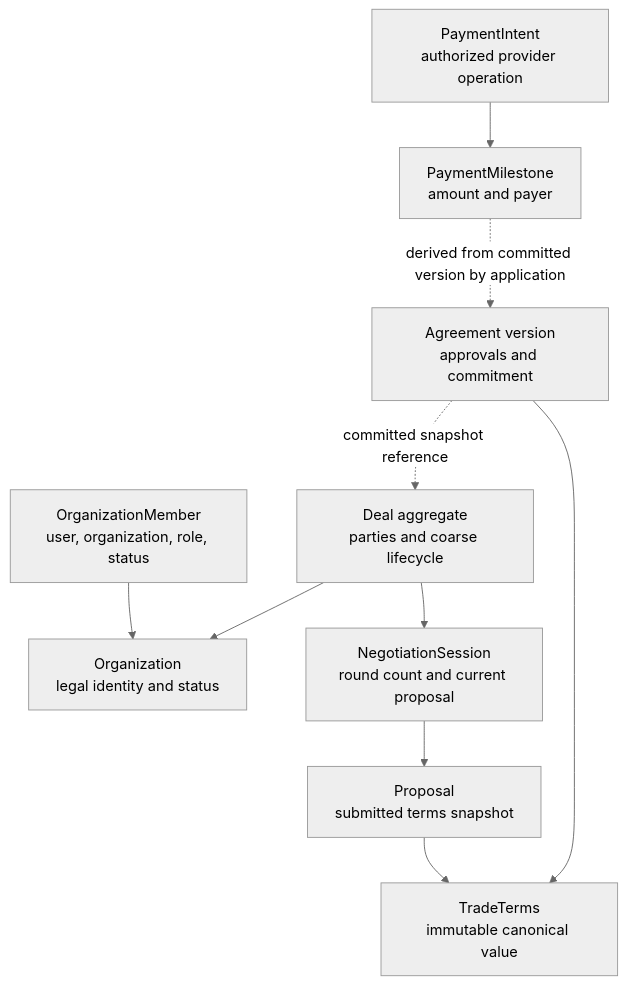
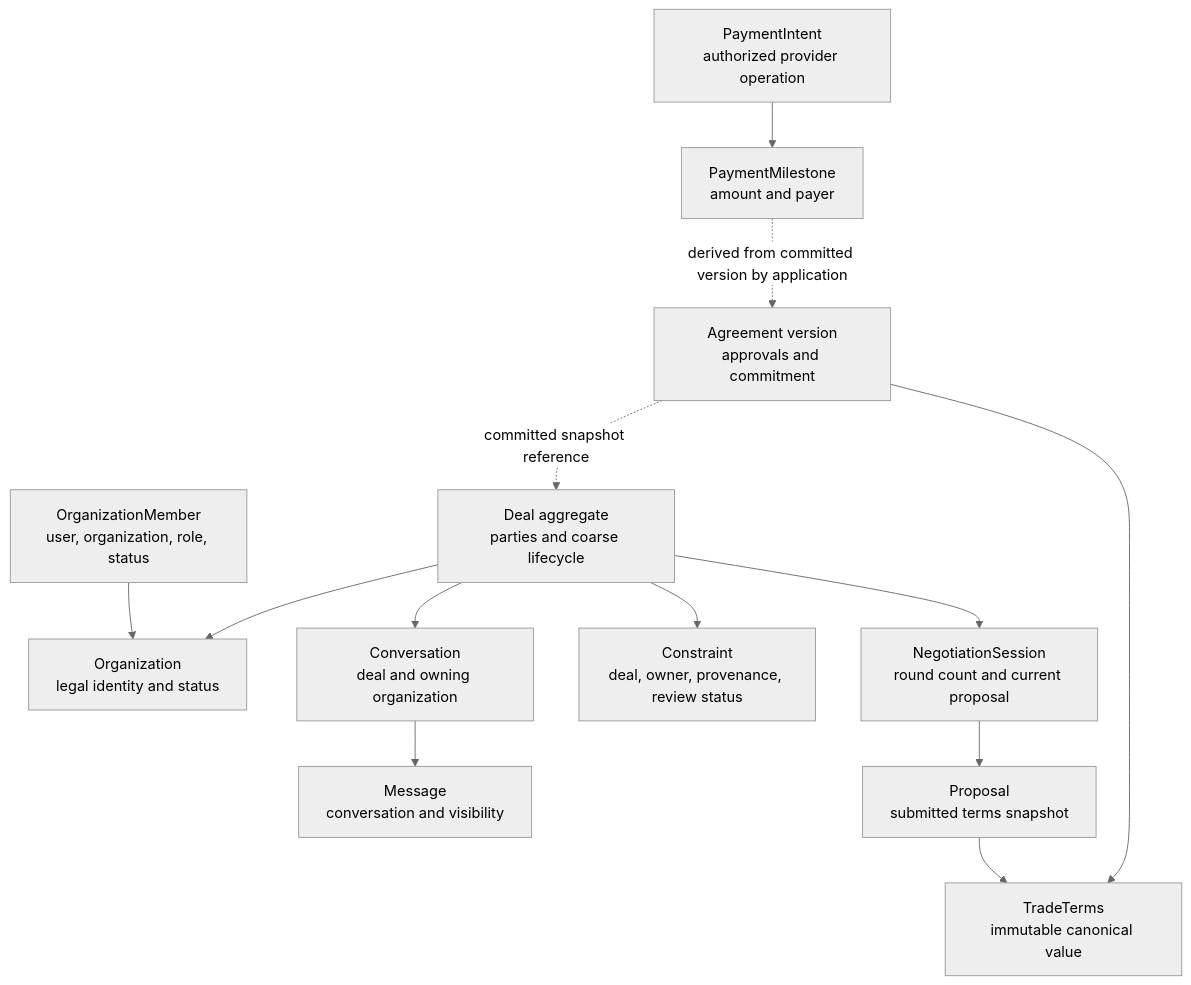
The second of 2 diagrams in docs/architecture/05-domain-layer.md (yashaswi-khurana/SyncAlly), drawn with Mermaid (neutral theme) before and after one commit. The commit also changed other lines of this file and 6 other files, not shown here.

Commit message:
feat: define conversation and constraint contracts

````diff
--- a/docs/architecture/05-domain-layer.md
+++ b/docs/architecture/05-domain-layer.md
@@ -26,21 +26,27 @@
 ```mermaid
 flowchart TD
     Organization[Organization<br/>legal identity and status]
     Membership[OrganizationMember<br/>user, organization, role, status]
     Deal[Deal aggregate<br/>parties and coarse lifecycle]
+    Conversation[Conversation<br/>deal and owning organization]
+    Message[Message<br/>conversation and visibility]
+    Constraint[Constraint<br/>deal, owner, provenance, review status]
     Session[NegotiationSession<br/>round count and current proposal]
     Proposal[Proposal<br/>submitted terms snapshot]
     Terms[TradeTerms<br/>immutable canonical value]
     Agreement[Agreement version<br/>approvals and commitment]
     Milestone[PaymentMilestone<br/>amount and payer]
     Intent[PaymentIntent<br/>authorized provider operation]
     Membership --> Organization
     Deal --> Organization
+    Deal --> Conversation
+    Conversation --> Message
+    Deal --> Constraint
     Deal --> Session
     Session --> Proposal
     Proposal --> Terms
     Agreement --> Terms
     Agreement -. committed snapshot reference .-> Deal
     Milestone -. derived from committed version by application .-> Agreement
     Intent --> Milestone
 ```
````
